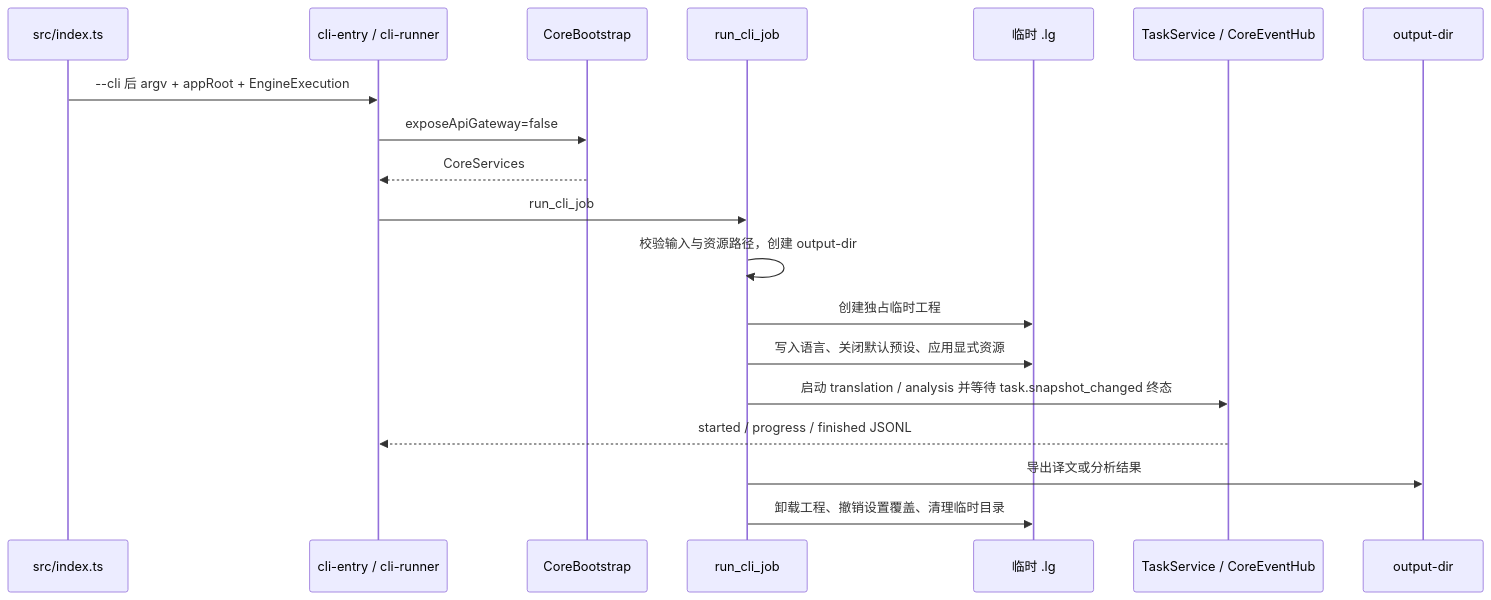
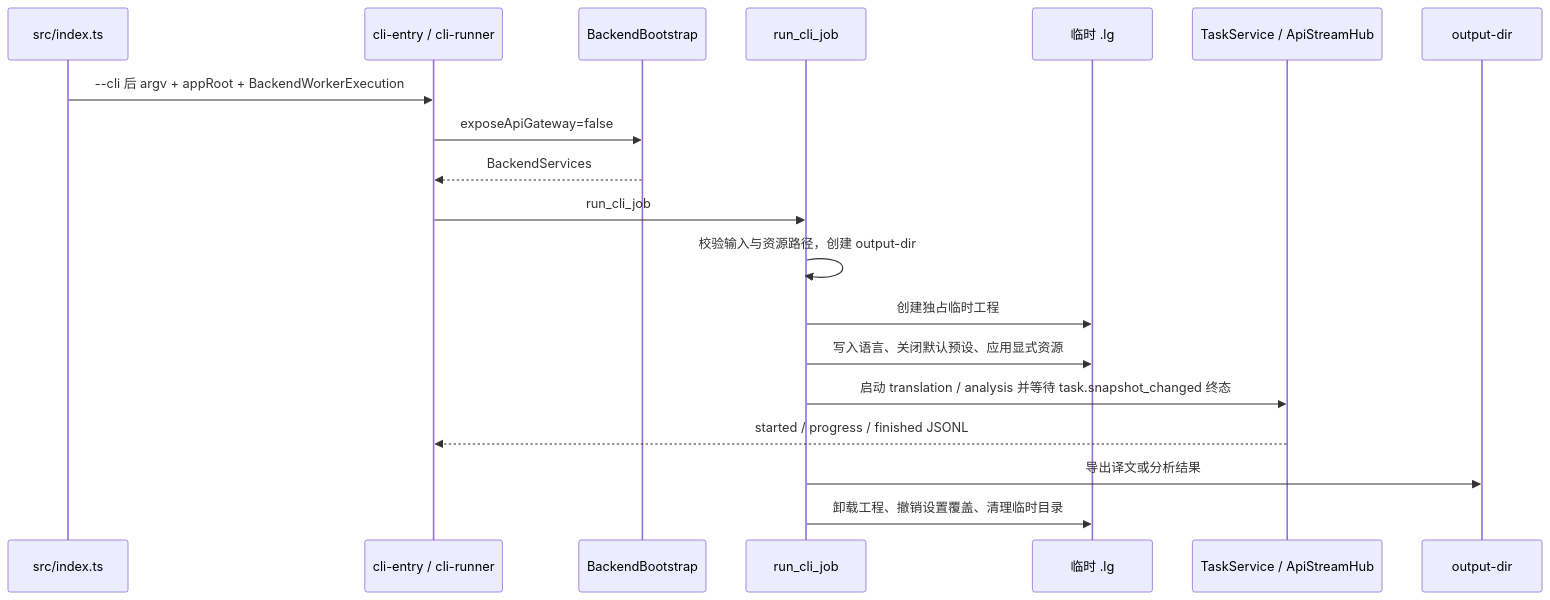
One commit to neavo/LinguaGacha changed the diagram in docs/CLI.md. Above: the diagram before and after it, drawn with Mermaid. The commit also changed other lines of this file and 1235 other files, not shown here.

````diff
--- a/docs/CLI.md
+++ b/docs/CLI.md
@@ -29,22 +29,22 @@
 ```mermaid
 sequenceDiagram
   participant Entry as src/index.ts
   participant CLI as cli-entry / cli-runner
-  participant Core as CoreBootstrap
+  participant Backend as BackendBootstrap
   participant Job as run_cli_job
   participant Temp as 临时 .lg
-  participant Task as TaskService / CoreEventHub
+  participant Task as TaskService / ApiStreamHub
   participant Out as output-dir
 
-  Entry->>CLI: --cli 后 argv + appRoot + EngineExecution
-  CLI->>Core: exposeApiGateway=false
-  Core-->>CLI: CoreServices
+  Entry->>CLI: --cli 后 argv + appRoot + BackendWorkerExecution
+  CLI->>Backend: exposeApiGateway=false
+  Backend-->>CLI: BackendServices
   CLI->>Job: run_cli_job
   Job->>Job: 校验输入与资源路径，创建 output-dir
   Job->>Temp: 创建独占临时工程
   Job->>Temp: 写入语言、关闭默认预设、应用显式资源
   Job->>Task: 启动 translation / analysis 并等待 task.snapshot_changed 终态
   Task-->>CLI: started / progress / finished JSONL
   Job->>Out: 导出译文或分析结果
   Job->>Temp: 卸载工程、撤销设置覆盖、清理临时目录
 ```
````
